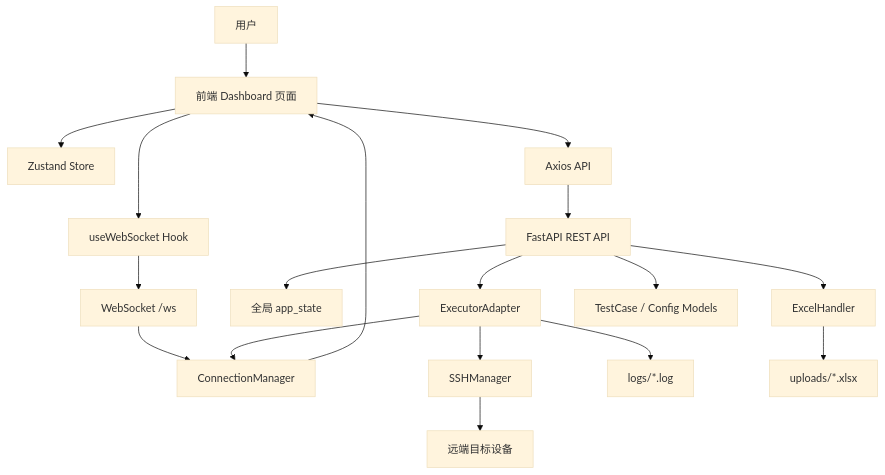
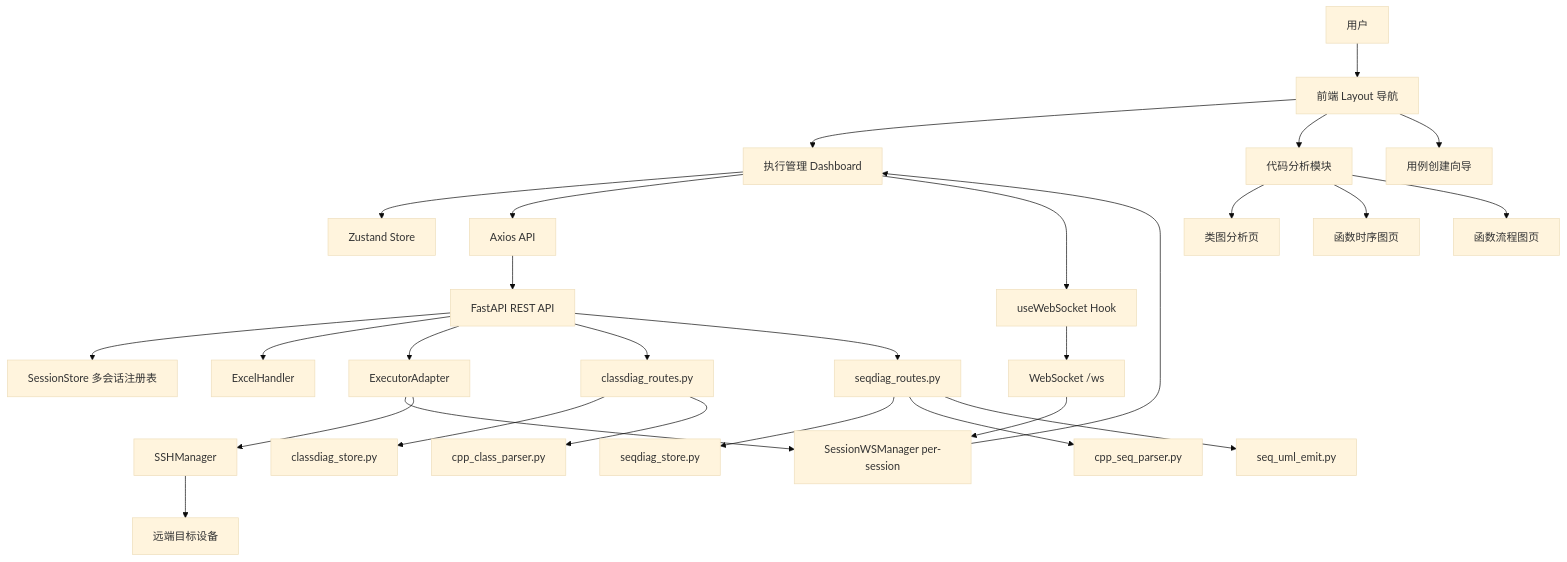
Before and after one commit to zhaoja1205/automatedTest: the first of 7 diagrams in docs/DIAGRAMS.md, drawn with Mermaid (base theme). The commit also changed other lines of this file and 5 other files, not shown here.

````diff
--- a/docs/DIAGRAMS.md
+++ b/docs/DIAGRAMS.md
@@ -40,24 +40,38 @@
 ```mermaid
 graph TD
-    User[用户] --> Dashboard[前端 Dashboard 页面]
+    User[用户] --> Layout[前端 Layout 导航]
+    Layout --> Dashboard[执行管理 Dashboard]
+    Layout --> CodeAnalysis[代码分析模块]
+    Layout --> Creator[用例创建向导]
+
     Dashboard --> Store[Zustand Store]
     Dashboard --> Api[Axios API]
     Dashboard --> WsHook[useWebSocket Hook]
 
+    CodeAnalysis --> ClassDiag[类图分析页]
+    CodeAnalysis --> SeqDiag[函数时序图页]
+    CodeAnalysis --> Flowchart[函数流程图页]
+
     Api --> Rest[FastAPI REST API]
     WsHook --> WsEndpoint[WebSocket /ws]
 
-    Rest --> AppState[全局 app_state]
+    Rest --> SessionStore[SessionStore 多会话注册表]
     Rest --> ExcelHandler[ExcelHandler]
     Rest --> Executor[ExecutorAdapter]
-    Rest --> Models[TestCase / Config Models]
+    Rest --> ClassDiagRoutes[classdiag_routes.py]
+    Rest --> SeqDiagRoutes[seqdiag_routes.py]
 
-    WsEndpoint --> WsManager[ConnectionManager]
+    WsEndpoint --> WsManager[SessionWSManager per-session]
     Executor --> WsManager
     Executor --> SSH[SSHManager]
-    Executor --> Logs[logs/*.log]
 
-    ExcelHandler --> Uploads[uploads/*.xlsx]
+    ClassDiagRoutes --> ClassDiagStore[classdiag_store.py]
+    ClassDiagRoutes --> CppClassParser[cpp_class_parser.py]
+
+    SeqDiagRoutes --> SeqDiagStore[seqdiag_store.py]
+    SeqDiagRoutes --> CppSeqParser[cpp_seq_parser.py]
+    SeqDiagRoutes --> SeqUmlEmit[seq_uml_emit.py]
+
     SSH --> Target[远端目标设备]
     WsManager --> Dashboard
 ```
````
